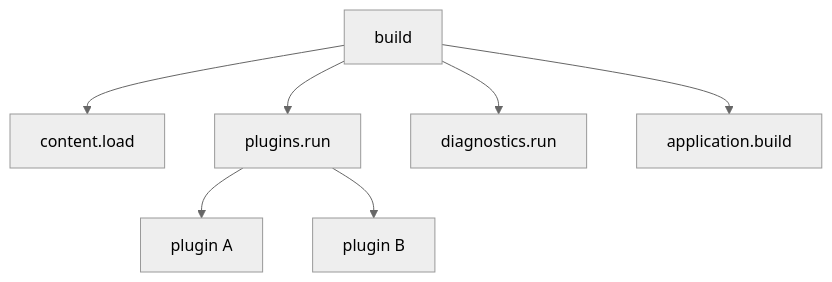
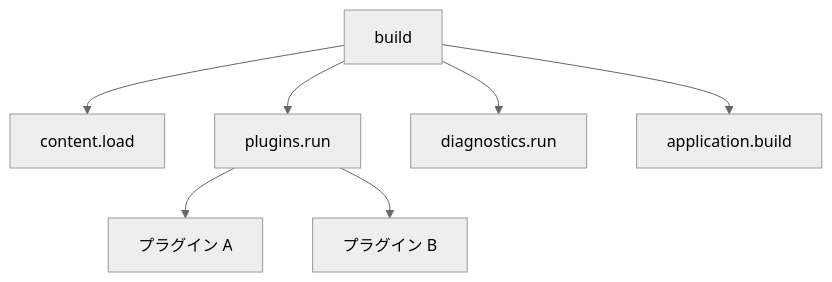
Before and after one commit to Rerurate514/riebeckite: the second of 5 diagrams in docs/docs/framework/observability.ja.md, drawn with Mermaid (neutral theme). The commit also changed other lines of this file and 310 other files, not shown here.

````diff
--- a/docs/docs/framework/observability.ja.md
+++ b/docs/docs/framework/observability.ja.md
@@ -46,11 +46,11 @@
 ```mermaid
 flowchart TD
     B["build"]
     B --> C["content.load"]
     B --> P["plugins.run"]
     B --> D["diagnostics.run"]
     B --> A["application.build"]
 
-    P --> P1["plugin A"]
-    P --> P2["plugin B"]
+    P --> P1["プラグイン A"]
+    P --> P2["プラグイン B"]
 ```
````
